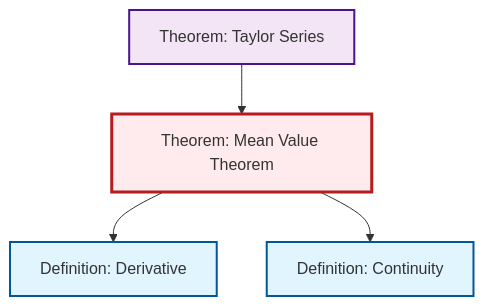
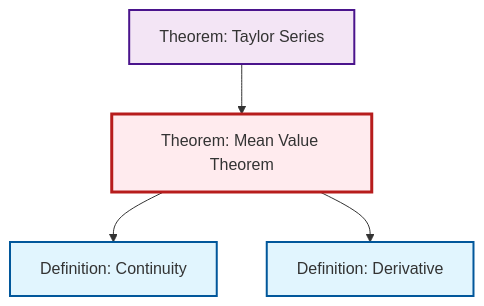
The diagram in content/ja/analysis/thm-mean-value.qmd (RK0429/ModernMath), drawn with Mermaid before and after one commit. The commit also changed other lines of this file and 654 other files, not shown here.

````diff
--- a/content/ja/analysis/thm-mean-value.qmd
+++ b/content/ja/analysis/thm-mean-value.qmd
@@ -80,20 +80,20 @@
 ```{mermaid}
 %%| fig-cap: "Local dependency graph"
 graph TD
     classDef definition fill:#e1f5fe,stroke:#01579b,stroke-width:2px
     classDef theorem fill:#f3e5f5,stroke:#4a148c,stroke-width:2px
     classDef axiom fill:#fff3e0,stroke:#e65100,stroke-width:2px
     classDef example fill:#e8f5e9,stroke:#1b5e20,stroke-width:2px
     classDef current fill:#ffebee,stroke:#b71c1c,stroke-width:3px
     def-continuity["Definition: Continuity"]:::definition
+    def-derivative["Definition: Derivative"]:::definition
     thm-taylor-series["Theorem: Taylor Series"]:::theorem
-    def-derivative["Definition: Derivative"]:::definition
     thm-mean-value["Theorem: Mean Value Theorem"]:::theorem
+    thm-taylor-series --> thm-mean-value
+    thm-mean-value --> def-continuity
     thm-mean-value --> def-derivative
-    thm-mean-value --> def-continuity
-    thm-taylor-series --> thm-mean-value
     class thm-mean-value current
     click def-continuity "def-continuity.html" "Definition: Continuityへ"
+    click def-derivative "def-derivative.html" "Definition: Derivativeへ"
     click thm-taylor-series "thm-taylor-series.html" "Theorem: Taylor Seriesへ"
-    click def-derivative "def-derivative.html" "Definition: Derivativeへ"
 ```
````
